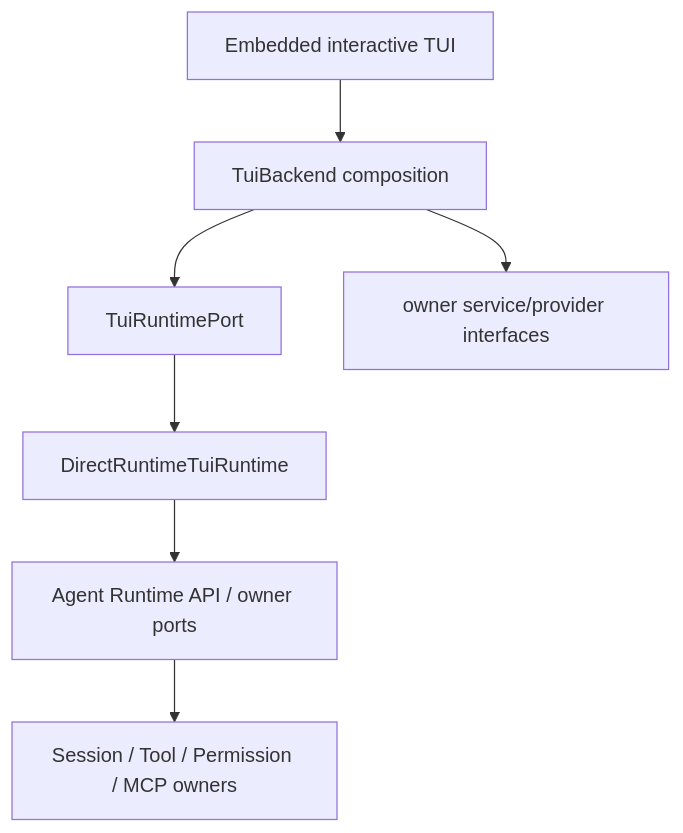
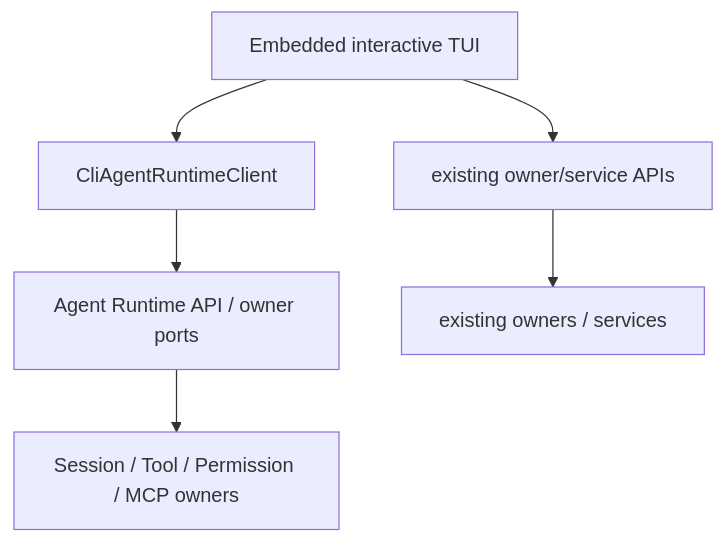
The third of 17 diagrams in docs/architecture/agent-runtime-deployment-design.md (1688mengdie/BitFun), drawn with Mermaid before and after one commit. The commit also changed other lines of this file and 71 other files, not shown here.

Commit message:
refactor(cli): decouple TUI runtime from app server

````diff
--- a/docs/architecture/agent-runtime-deployment-design.md
+++ b/docs/architecture/agent-runtime-deployment-design.md
@@ -47,9 +48,8 @@
 ```mermaid
 flowchart TB
-  TUI["Embedded interactive TUI"] --> Composition["TuiBackend composition"]
-  Composition --> RuntimePort["TuiRuntimePort"]
-  RuntimePort --> Direct["DirectRuntimeTuiRuntime"]
-  Direct --> API["Agent Runtime API / owner ports"]
-  Composition --> Management["owner service/provider interfaces"]
+  TUI["Embedded interactive TUI"] --> RuntimeClient["CliAgentRuntimeClient"]
+  RuntimeClient --> API["Agent Runtime API / owner ports"]
+  TUI --> OwnerApis["existing owner/service APIs"]
+  OwnerApis --> DomainOwners["existing owners / services"]
   API --> Owners["Session / Tool / Permission / MCP owners"]
 ```
````
